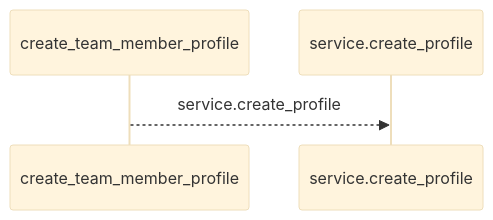
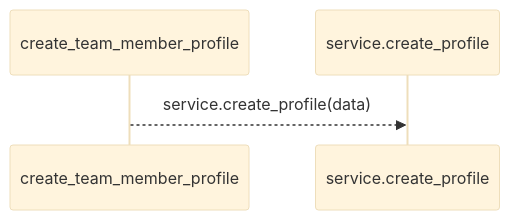
Before and after one commit to Denissvgn/WorkChord: the first of 2 diagrams in docs/llm_wiki/flows/http-create_team_member_profile.md, drawn with Mermaid (base theme). The commit also changed other lines of this file and 25171 other files, not shown here.

````diff
--- a/docs/llm_wiki/flows/http-create_team_member_profile.md
+++ b/docs/llm_wiki/flows/http-create_team_member_profile.md
@@ -10,6 +12,6 @@
 ```mermaid
 sequenceDiagram
     participant p0 as create_team_member_profile
     participant p1 as service.create_profile
-    p0-->>p1: service.create_profile
+    p0-->>p1: service.create_profile(data)
 ```
````
